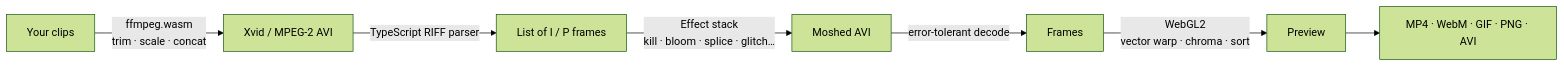
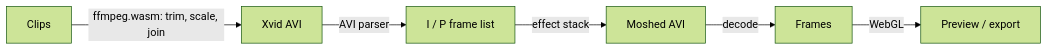
Before and after one commit to furniture3k/Video-Datamosher: the diagram in README.md, drawn with Mermaid (forest theme). The commit also changed other lines of this file and 41 other files, not shown here.

````diff
--- a/README.md
+++ b/README.md
@@ -161,9 +83,8 @@
 ```mermaid
 flowchart LR
-  A[Your clips] -->|ffmpeg.wasm<br/>trim · scale · concat| B[Xvid / MPEG-2 AVI]
-  B -->|TypeScript RIFF parser| C[List of I / P frames]
-  C -->|Effect stack<br/>kill · bloom · splice · glitch…| D[Moshed AVI]
-  D -->|error-tolerant decode| E[Frames]
-  E -->|WebGL2<br/>vector warp · chroma · sort| F[Preview]
-  F --> G[MP4 · WebM · GIF · PNG · AVI]
+  A[Clips] -->|ffmpeg.wasm: trim, scale, join| B[Xvid AVI]
+  B -->|AVI parser| C[I / P frame list]
+  C -->|effect stack| D[Moshed AVI]
+  D -->|decode| E[Frames]
+  E -->|WebGL| F[Preview / export]
 ```
````
